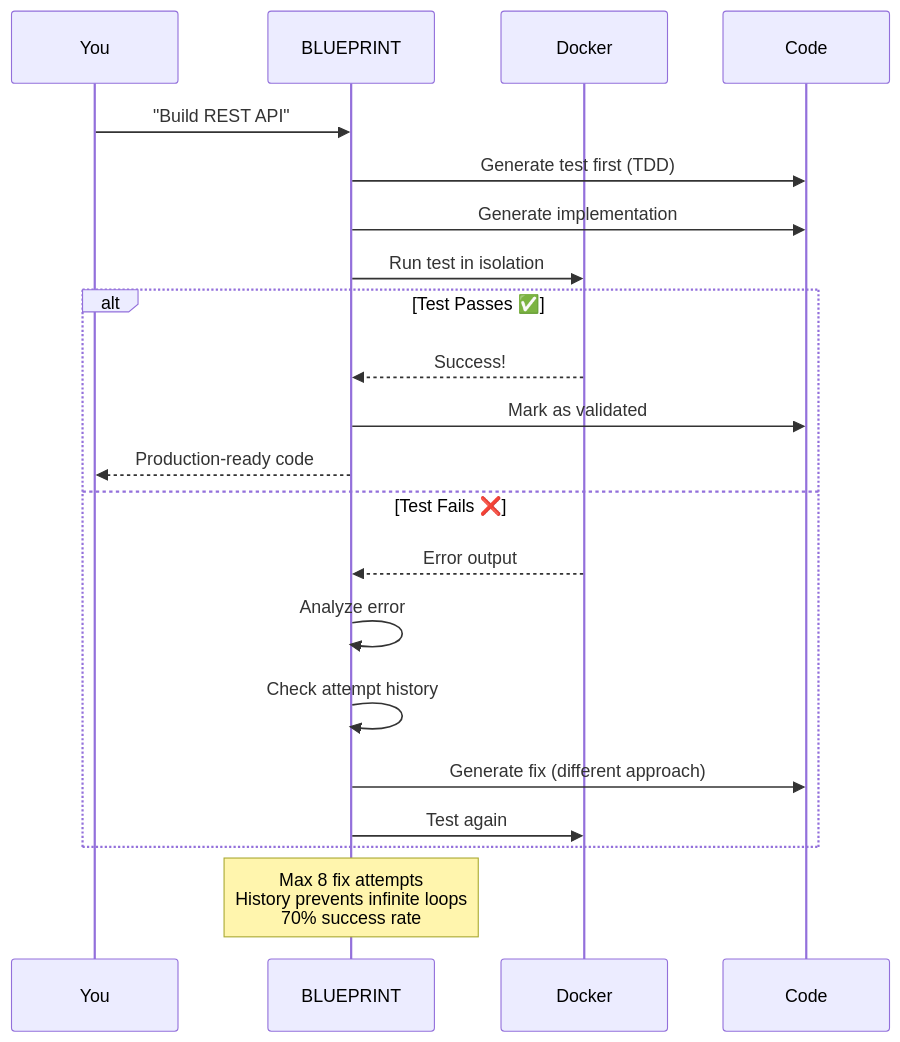
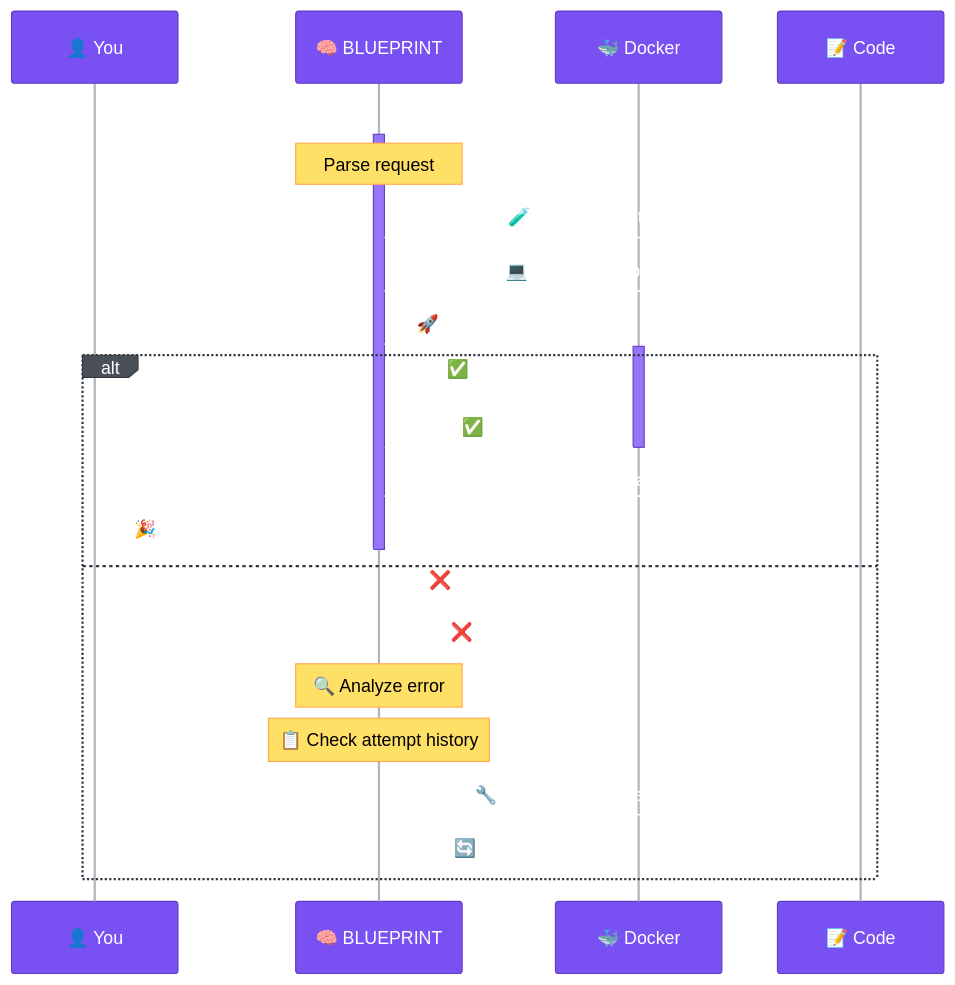
One commit to DivyamTalwar/BLUEPRINT changed the fourth of 6 diagrams in README.md. Above: the diagram before and after it, drawn with Mermaid. The commit also changed other lines of this file, not shown here.

````diff
--- a/README.md
+++ b/README.md
@@ -346,26 +430,50 @@
 ```mermaid
+%%{init: {'theme':'base', 'themeVariables': {
+  'primaryColor':'#7950F2',
+  'primaryTextColor':'#fff',
+  'primaryBorderColor':'#5F3DC4',
+  'lineColor':'#748FFC',
+  'secondaryColor':'#20C997',
+  'tertiaryColor':'#FF8787',
+  'actorBkg':'#7950F2',
+  'actorBorder':'#5F3DC4',
+  'actorTextColor':'#fff',
+  'actorLineColor':'#ADB5BD',
+  'signalColor':'#fff',
+  'signalTextColor':'#fff',
+  'labelBoxBkgColor':'#495057',
+  'labelBoxBorderColor':'#343A40',
+  'labelTextColor':'#fff',
+  'loopTextColor':'#fff',
+  'noteBorderColor':'#FFA94D',
+  'noteBkgColor':'#FFE066',
+  'noteTextColor':'#000',
+  'activationBorderColor':'#5F3DC4',
+  'activationBkgColor':'#9775FA',
+  'sequenceNumberColor':'#fff'
+}}}%%
 sequenceDiagram
-    participant You
-    participant BLUEPRINT
-    participant Docker
-    participant Code
+    participant You as 👤 You
+    participant BP as 🧠 BLUEPRINT
+    participant Docker as 🐳 Docker
+    participant Code as 📝 Code
 
-    You->>BLUEPRINT: "Build REST API"
-    BLUEPRINT->>Code: Generate test first (TDD)
-    BLUEPRINT->>Code: Generate implementation
-    BLUEPRINT->>Docker: Run test in isolation
+    You->>+BP: Build REST API
+    Note over BP: Parse request
 
-    alt Test Passes ✅
-        Docker-->>BLUEPRINT: Success!
-        BLUEPRINT->>Code: Mark as validated
-        BLUEPRINT-->>You: Production-ready code
-    else Test Fails ❌
-        Docker-->>BLUEPRINT: Error output
-        BLUEPRINT->>BLUEPRINT: Analyze error
-        BLUEPRINT->>BLUEPRINT: Check attempt history
-        BLUEPRINT->>Code: Generate fix (different approach)
-        BLUEPRINT->>Docker: Test again
+    BP->>+Code: 🧪 Generate test first (TDD)
+    BP->>Code: 💻 Generate implementation
+    BP->>+Docker: 🚀 Run test in isolation
+
+    alt ✅ Test Passes
+        Docker-->>-BP: ✅ Success!
+        BP->>Code: ✓ Mark as validated
+        BP-->>-You: 🎉 Production-ready code
+    else ❌ Test Fails
+        Docker-->>BP: ❌ Error output
+        Note over BP: 🔍 Analyze error
+        Note over BP: 📋 Check attempt history
+        BP->>Code: 🔧 Generate fix (different approach)
+        BP->>Docker: 🔄 Test again
     end
-
-    Note over BLUEPRINT: Max 8 fix attempts<br/>History prevents infinite loops<br/>70% success rate
 ```
````
